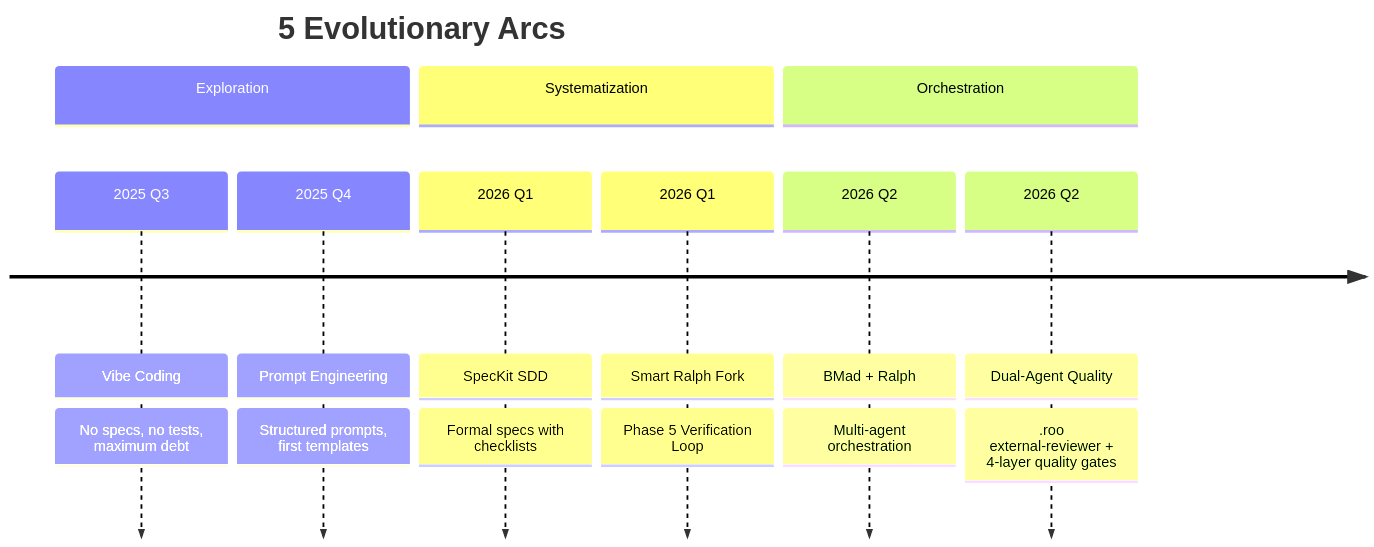
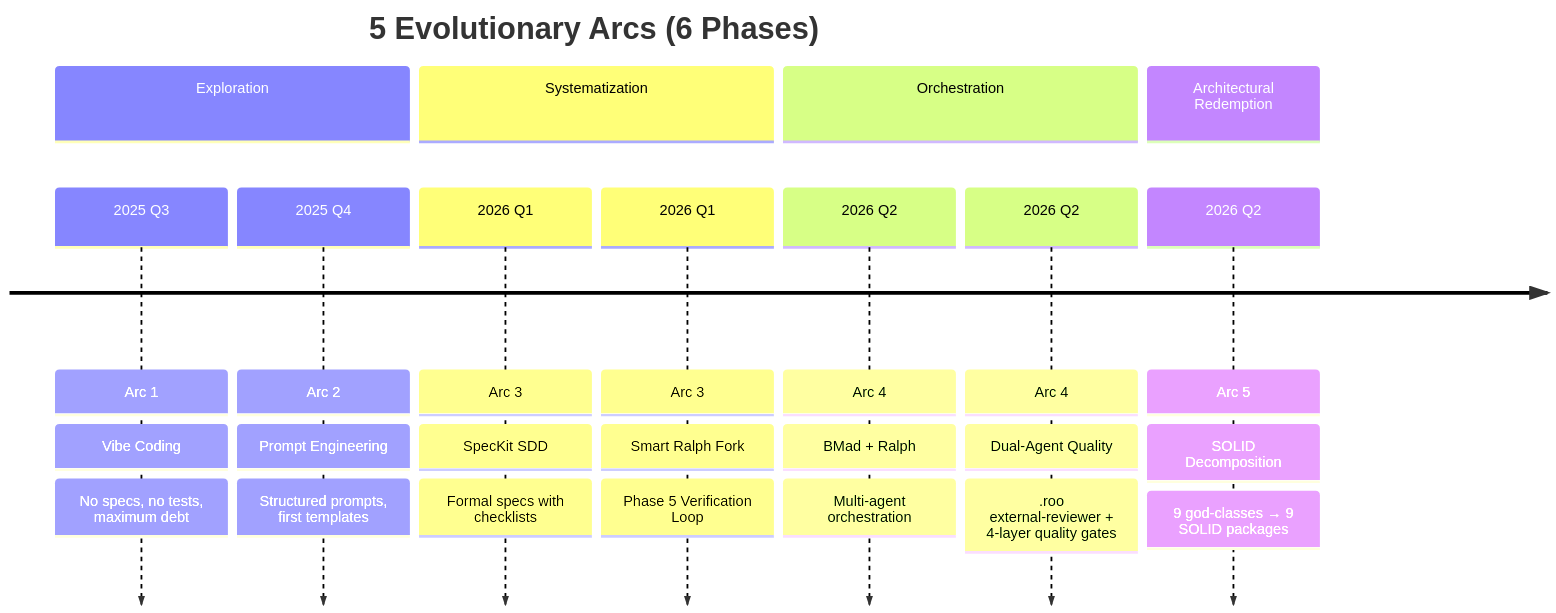
The first of 2 diagrams in _ai/PORTFOLIO.md (informatico-madrid/ha-ev-trip-planner), drawn with Mermaid before and after one commit. The commit also changed other lines of this file and 542 other files, not shown here.

````diff
--- a/_ai/PORTFOLIO.md
+++ b/_ai/PORTFOLIO.md
@@ -75,13 +83,15 @@
 ```mermaid
 timeline
-    title 5 Evolutionary Arcs
+    title 5 Evolutionary Arcs (6 Phases)
     section Exploration
-        2025 Q3 : Vibe Coding : No specs, no tests, maximum debt
-        2025 Q4 : Prompt Engineering : Structured prompts, first templates
+        2025 Q3 : Arc 1: Vibe Coding : No specs, no tests, maximum debt
+        2025 Q4 : Arc 2: Prompt Engineering : Structured prompts, first templates
     section Systematization
-        2026 Q1 : SpecKit SDD : Formal specs with checklists
-        2026 Q1 : Smart Ralph Fork : Phase 5 Verification Loop
+        2026 Q1 : Arc 3: SpecKit SDD : Formal specs with checklists
+        2026 Q1 : Arc 3: Smart Ralph Fork : Phase 5 Verification Loop
     section Orchestration
-        2026 Q2 : BMad + Ralph : Multi-agent orchestration
-        2026 Q2 : Dual-Agent Quality : .roo external-reviewer + 4-layer quality gates
+        2026 Q2 : Arc 4: BMad + Ralph : Multi-agent orchestration
+        2026 Q2 : Arc 4: Dual-Agent Quality : .roo external-reviewer + 4-layer quality gates
+    section Architectural Redemption
+        2026 Q2 : Arc 5: SOLID Decomposition : 9 god-classes → 9 SOLID packages
 ```
````
